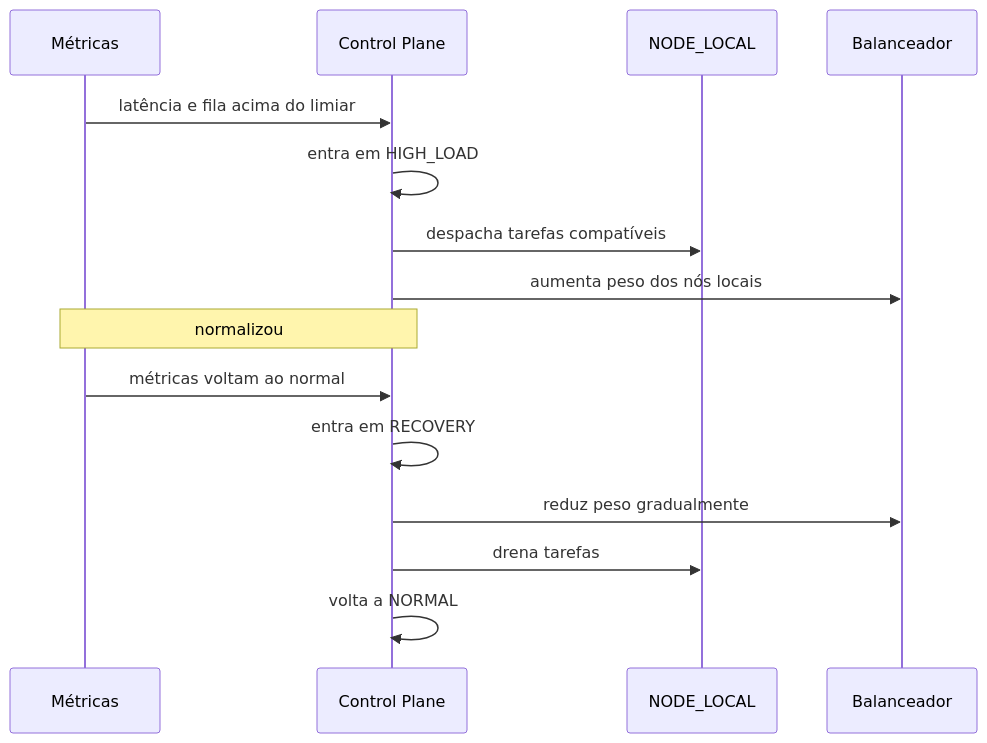
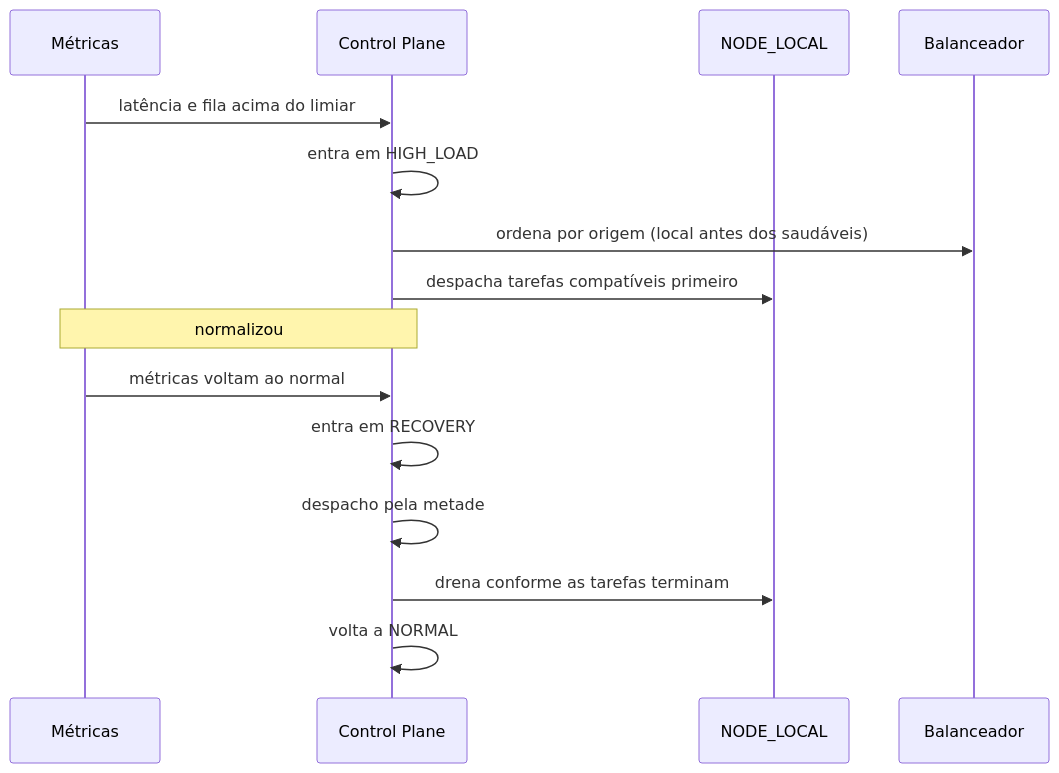
Before and after one commit to Rede-ENois/enois-backend: the diagram in docs/rede-distribuida/06-contingencia.md, drawn with Mermaid. The commit also changed other lines of this file and 5 other files, not shown here.

````diff
--- a/docs/rede-distribuida/06-contingencia.md
+++ b/docs/rede-distribuida/06-contingencia.md
@@ -54,18 +54,18 @@
 ```mermaid
 sequenceDiagram
   participant M as Métricas
   participant CP as Control Plane
   participant L as NODE_LOCAL
   participant LB as Balanceador
 
   M->>CP: latência e fila acima do limiar
   CP->>CP: entra em HIGH_LOAD
-  CP->>L: despacha tarefas compatíveis
-  CP->>LB: aumenta peso dos nós locais
+  CP->>LB: ordena por origem (local antes dos saudáveis)
+  CP->>L: despacha tarefas compatíveis primeiro
   Note over M,CP: normalizou
   M->>CP: métricas voltam ao normal
   CP->>CP: entra em RECOVERY
-  CP->>LB: reduz peso gradualmente
-  CP->>L: drena tarefas
+  CP->>CP: despacho pela metade
+  CP->>L: drena conforme as tarefas terminam
   CP->>CP: volta a NORMAL
 ```
````
